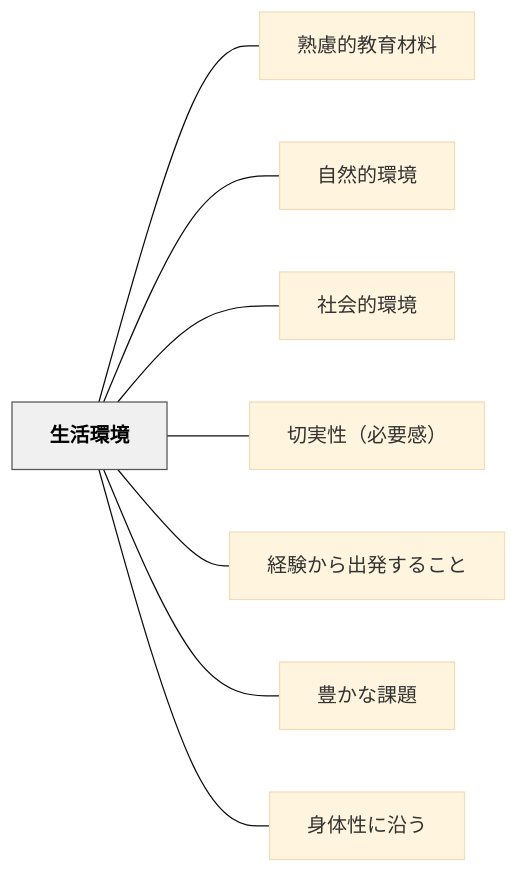
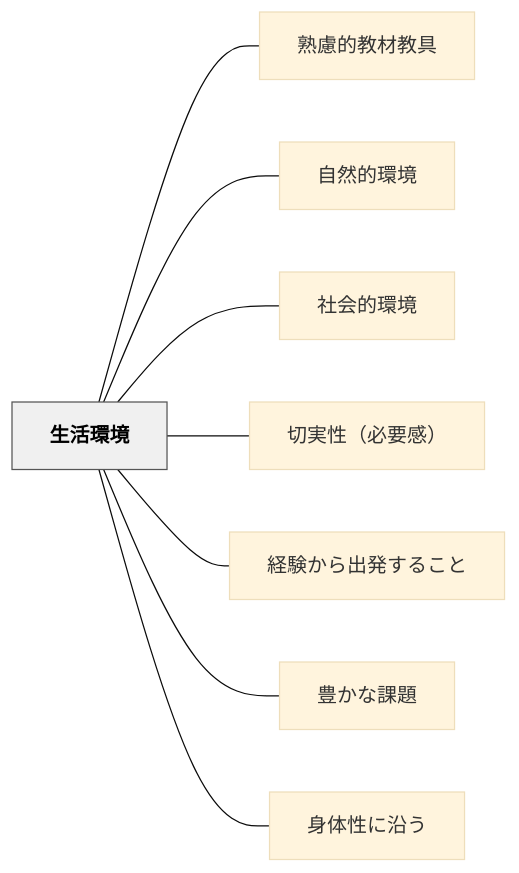
One commit to unknownthings-ed-patterns/unknownthings-ed-patterns changed the diagram in content/パタン/生活環境.md. Above: the diagram before and after it, drawn with Mermaid (base theme). The commit also changed other lines of this file and 72 other files, not shown here.

````diff
--- a/content/パタン/生活環境.md
+++ b/content/パタン/生活環境.md
@@ -58,22 +58,22 @@
 ```mermaid
 flowchart LR
     ne7949fe6b4bbe792b0e5a283["生活環境"]
-    ne7869fe685aee79a84e69599e882b2e69d90e69699["熟慮的教育材料"]
+    ne7869fe685aee79a84e69599e69d90e69599e585b7["熟慮的教材教具"]
     ne887aae784b6e79a84e792b0e5a283["自然的環境"]
     ne7a4bee4bc9ae79a84e792b0e5a283["社会的環境"]
     ne58887e5ae9fe680a7efbc88e5bf85e8a681e6849fefbc89["切実性（必要感）"]
     ne7b58ce9a893e3818be38289e587bae799bae38199e3828be38193e381a8["経験から出発すること"]
     ne8b18ae3818be381aae8aab2e9a18c["豊かな課題"]
     ne8baabe4bd93e680a7e381abe6b2bfe38186["身体性に沿う"]
 
-    ne7949fe6b4bbe792b0e5a283 --- ne7869fe685aee79a84e69599e882b2e69d90e69699
+    ne7949fe6b4bbe792b0e5a283 --- ne7869fe685aee79a84e69599e69d90e69599e585b7
     ne7949fe6b4bbe792b0e5a283 --- ne887aae784b6e79a84e792b0e5a283
     ne7949fe6b4bbe792b0e5a283 --- ne7a4bee4bc9ae79a84e792b0e5a283
     ne7949fe6b4bbe792b0e5a283 --- ne58887e5ae9fe680a7efbc88e5bf85e8a681e6849fefbc89
     ne7949fe6b4bbe792b0e5a283 --- ne7b58ce9a893e3818be38289e587bae799bae38199e3828be38193e381a8
     ne7949fe6b4bbe792b0e5a283 --- ne8b18ae3818be381aae8aab2e9a18c
     ne7949fe6b4bbe792b0e5a283 --- ne8baabe4bd93e680a7e381abe6b2bfe38186
 
     classDef hub fill:#f0f0f0,stroke:#555,color:#000,font-weight:bold
     class ne7949fe6b4bbe792b0e5a283 hub
 ```
````
